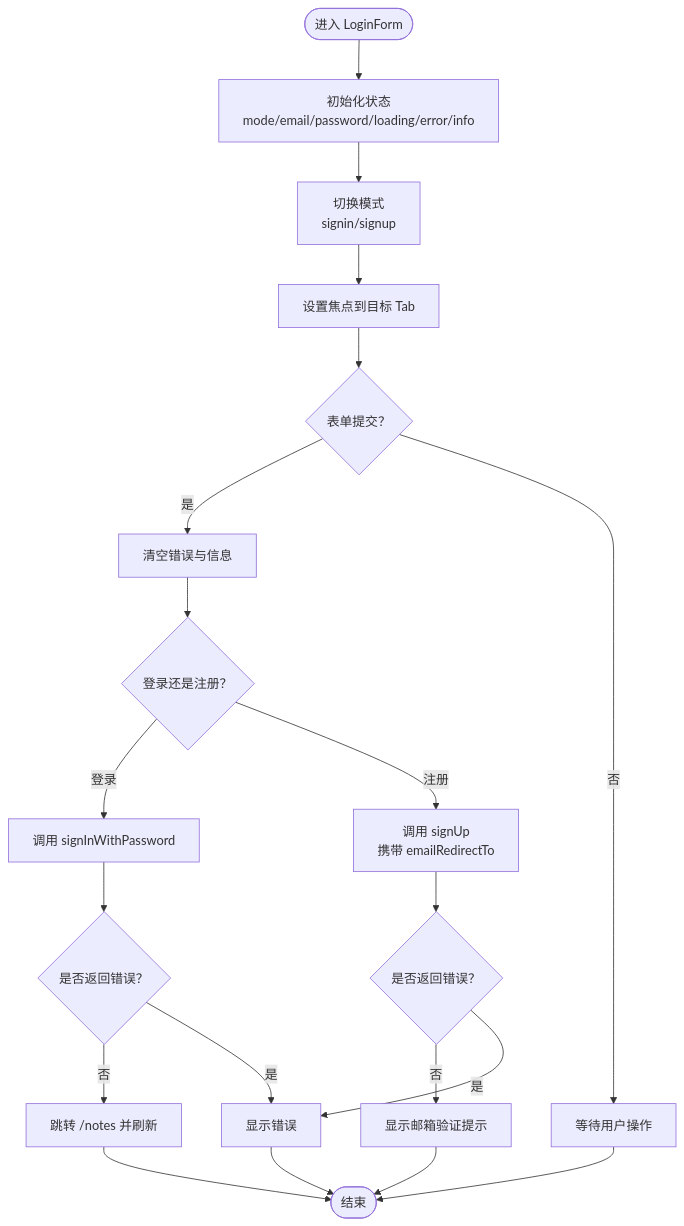
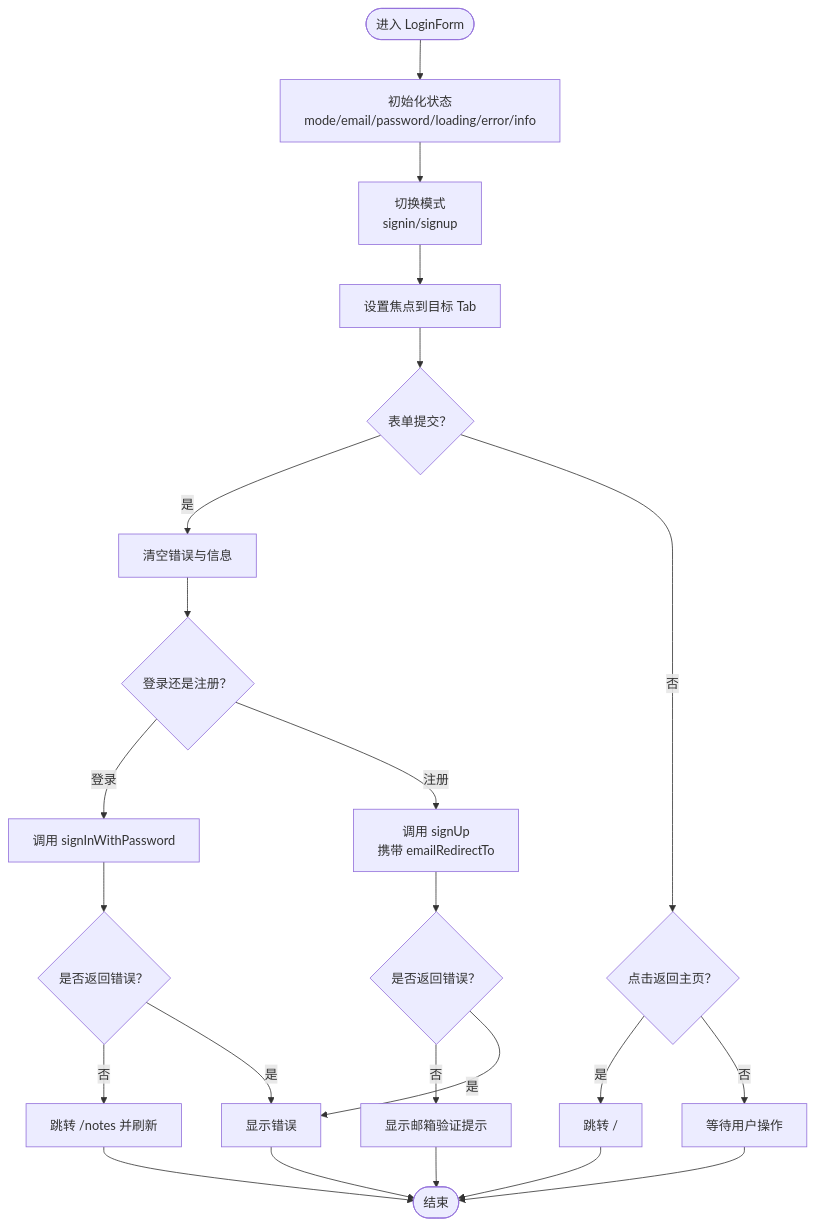
The third of 5 diagrams in .qoder/repowiki/zh/content/用户认证系统/认证组件.md (qiuziGirl/smart-todo), drawn with Mermaid before and after one commit. The commit also changed other lines of this file and 8 other files, not shown here.

````diff
--- a/.qoder/repowiki/zh/content/用户认证系统/认证组件.md
+++ b/.qoder/repowiki/zh/content/用户认证系统/认证组件.md
@@ -201,22 +213,25 @@
 ```mermaid
 flowchart TD
 Start(["进入 LoginForm"]) --> Init["初始化状态<br/>mode/email/password/loading/error/info"]
 Init --> SwitchMode["切换模式<br/>signin/signup"]
 SwitchMode --> Focus["设置焦点到目标 Tab"]
 Focus --> Submit{"表单提交？"}
 Submit --> |是| Clear["清空错误与信息"]
 Clear --> ModeCheck{"登录还是注册？"}
 ModeCheck --> |登录| SignIn["调用 signInWithPassword"]
 ModeCheck --> |注册| SignUp["调用 signUp<br/>携带 emailRedirectTo"]
 SignIn --> SignInOK{"是否返回错误？"}
 SignInOK --> |否| RedirectNotes["跳转 /notes 并刷新"]
 SignInOK --> |是| ShowErr["显示错误"]
 SignUp --> SignUpOK{"是否返回错误？"}
 SignUpOK --> |否| ShowInfo["显示邮箱验证提示"]
 SignUpOK --> |是| ShowErr
-Submit --> |否| Wait["等待用户操作"]
+Submit --> |否| HomeBtn{"点击返回主页？"}
+HomeBtn --> |是| RedirectHome["跳转 /"]
+HomeBtn --> |否| Wait["等待用户操作"]
 ShowErr --> End(["结束"])
 ShowInfo --> End
 RedirectNotes --> End
+RedirectHome --> End
 Wait --> End
 ```
````
